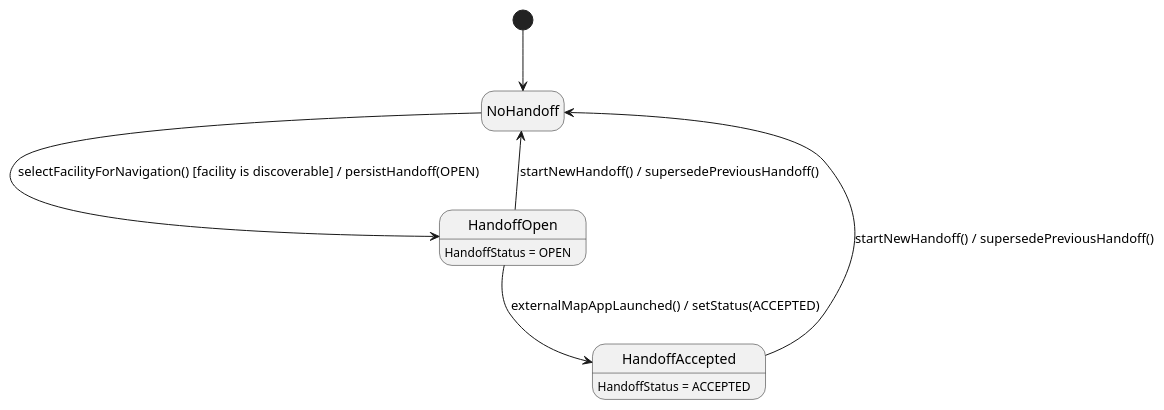
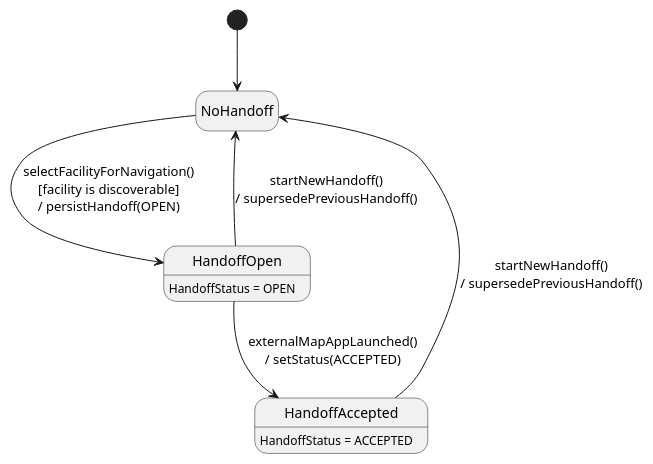
The third of 3 diagrams in 03_Design/Detailed_Design/MF07_Emergency_Map_Nearby_Care_Support/01_Emergency_Map_Facility_Route_and_Navigation.md (ChuongBDHE172784/CareBridge_SEP490_G79), drawn with PlantUML before and after one commit. The commit also changed 61 other files, not shown here.

Commit message:
docs: update detailed design documentation and state chart diagrams across all feature modules

````diff
--- a/03_Design/Detailed_Design/MF07_Emergency_Map_Nearby_Care_Support/01_Emergency_Map_Facility_Route_and_Navigation.md
+++ b/03_Design/Detailed_Design/MF07_Emergency_Map_Nearby_Care_Support/01_Emergency_Map_Facility_Route_and_Navigation.md
@@ -127,14 +127,14 @@
 ```plantuml
 @startuml StateChartDiagram_01EmergencyMapFacilityRouteandNavigation
 hide empty description
 [*] --> NoHandoff
 
-NoHandoff --> HandoffOpen : selectFacilityForNavigation() [facility is discoverable] / persistHandoff(OPEN)
-HandoffOpen --> HandoffAccepted : externalMapAppLaunched() / setStatus(ACCEPTED)
-HandoffOpen --> NoHandoff : startNewHandoff() / supersedePreviousHandoff()
-HandoffAccepted --> NoHandoff : startNewHandoff() / supersedePreviousHandoff()
+NoHandoff --> HandoffOpen : selectFacilityForNavigation()\n[facility is discoverable]\n/ persistHandoff(OPEN)
+HandoffOpen --> HandoffAccepted : externalMapAppLaunched()\n/ setStatus(ACCEPTED)
+HandoffOpen --> NoHandoff : startNewHandoff()\n/ supersedePreviousHandoff()
+HandoffAccepted --> NoHandoff : startNewHandoff()\n/ supersedePreviousHandoff()
 
 HandoffOpen : HandoffStatus = OPEN
 HandoffAccepted : HandoffStatus = ACCEPTED
 @enduml
 ```
````
